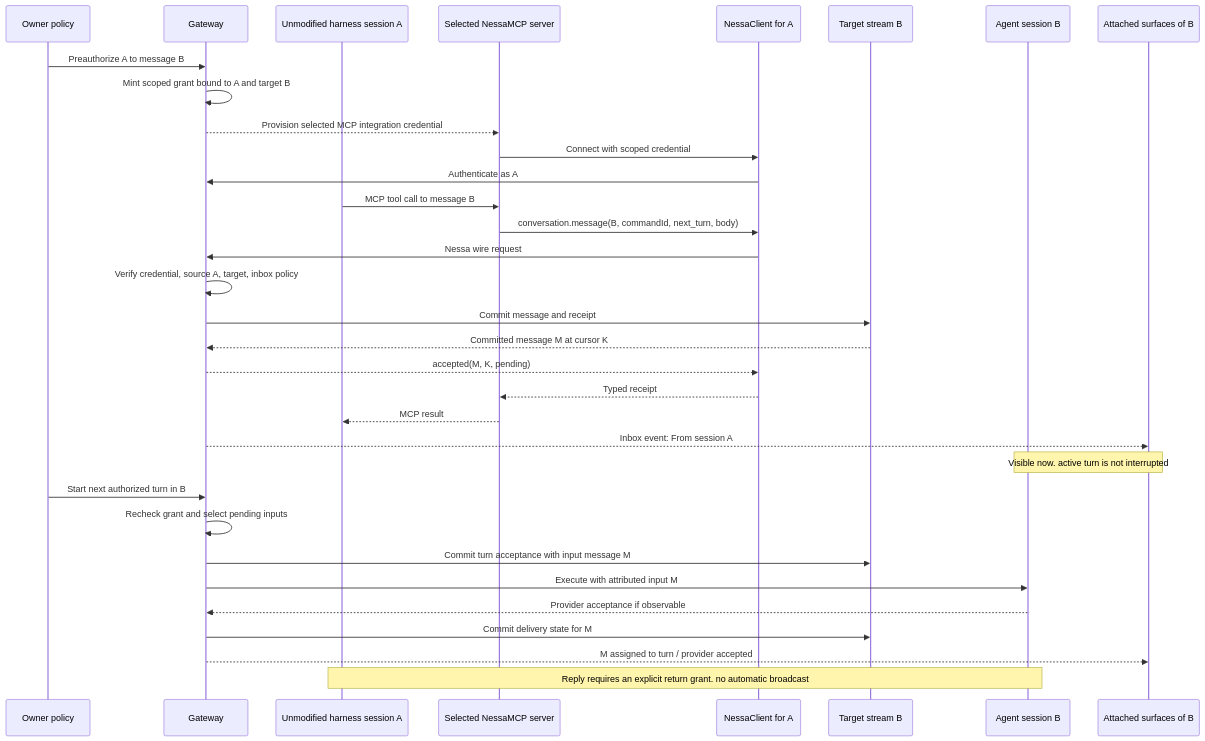
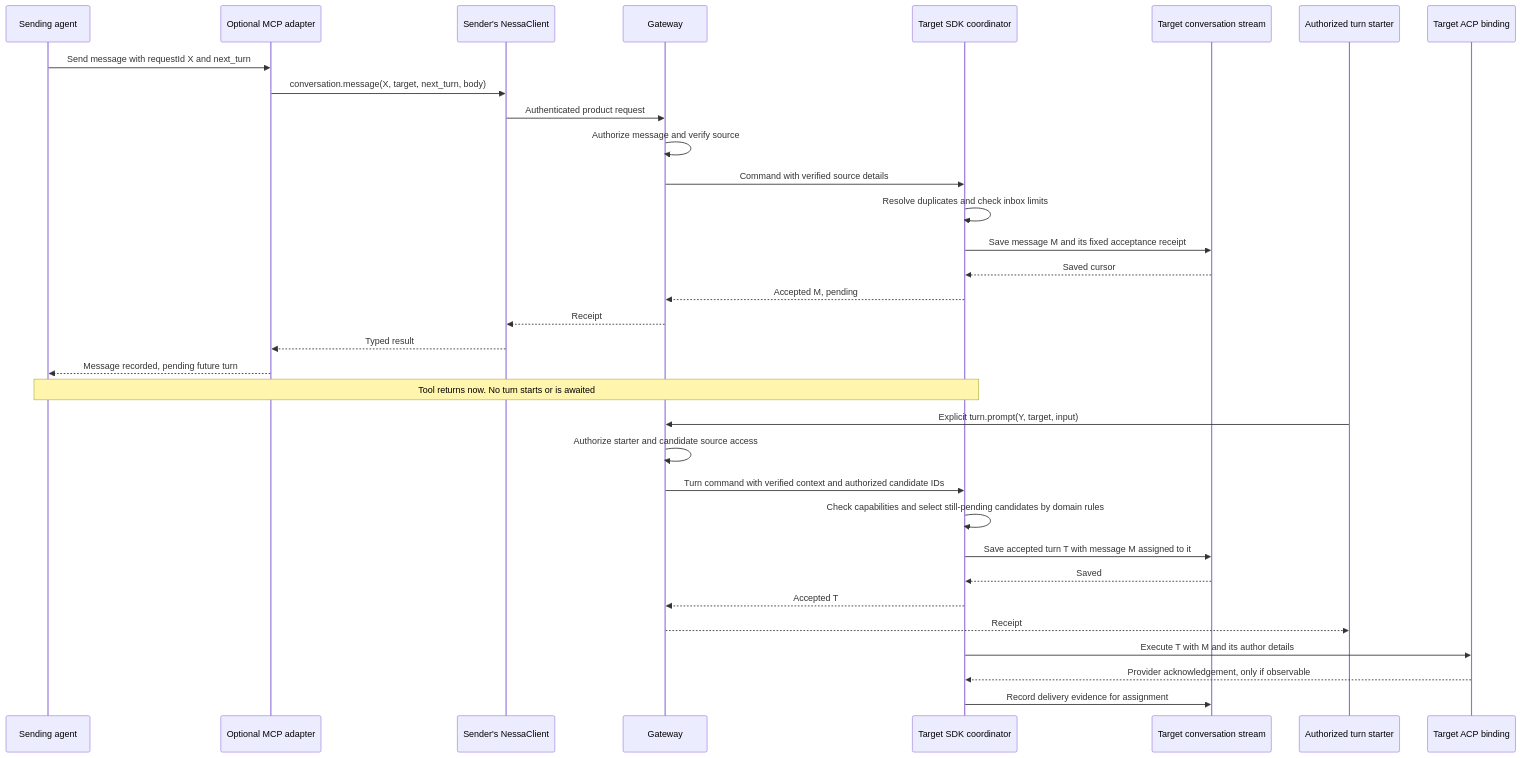
One commit to nessalabs/nessa-agent changed the third of 4 diagrams in docs/design/collaboration-sequences-and-mcp.md. Above: the diagram before and after it, drawn with Mermaid. The commit also changed other lines of this file and 43 other files, not shown here.

````diff
--- a/docs/design/collaboration-sequences-and-mcp.md
+++ b/docs/design/collaboration-sequences-and-mcp.md
@@ -138,35 +109,35 @@
 ```mermaid
 sequenceDiagram
-    participant O as Owner policy
+    participant E as Sending agent
+    participant M as Optional MCP adapter
+    participant C as Sender's NessaClient
     participant G as Gateway
-    participant A as Unmodified harness session A
-    participant M as Selected NessaMCP server
-    participant SDK as NessaClient for A
-    participant S as Target stream B
-    participant B as Agent session B
-    participant UI as Attached surfaces of B
-    O->>G: Preauthorize A to message B
-    G->>G: Mint scoped grant bound to A and target B
-    G-->>M: Provision selected MCP integration credential
-    M->>SDK: Connect with scoped credential
-    SDK->>G: Authenticate as A
-    A->>M: MCP tool call to message B
-    M->>SDK: conversation.message(B, commandId, next_turn, body)
-    SDK->>G: Nessa wire request
-    G->>G: Verify credential, source A, target, inbox policy
-    G->>S: Commit message and receipt
-    S-->>G: Committed message M at cursor K
-    G-->>SDK: accepted(M, K, pending)
-    SDK-->>M: Typed receipt
-    M-->>A: MCP result
-    G-->>UI: Inbox event: From session A
-    Note over B,UI: Visible now. active turn is not interrupted
-    O->>G: Start next authorized turn in B
-    G->>G: Recheck grant and select pending inputs
-    G->>S: Commit turn acceptance with input message M
-    G->>B: Execute with attributed input M
-    B-->>G: Provider acceptance if observable
-    G->>S: Commit delivery state for M
-    G-->>UI: M assigned to turn / provider accepted
-    Note over A,B: Reply requires an explicit return grant. no automatic broadcast
+    participant R as Target SDK coordinator
+    participant S as Target conversation stream
+    participant O as Authorized turn starter
+    participant P as Target ACP binding
+    E->>M: Send message with requestId X and next_turn
+    M->>C: conversation.message(X, target, next_turn, body)
+    C->>G: Authenticated product request
+    G->>G: Authorize message and verify source
+    G->>R: Command with verified source details
+    R->>R: Resolve duplicates and check inbox limits
+    R->>S: Save message M and its fixed acceptance receipt
+    S-->>R: Saved cursor
+    R-->>G: Accepted M, pending
+    G-->>C: Receipt
+    C-->>M: Typed result
+    M-->>E: Message recorded, pending future turn
+    Note over E,R: Tool returns now. No turn starts or is awaited
+    O->>G: Explicit turn.prompt(Y, target, input)
+    G->>G: Authorize starter and candidate source access
+    G->>R: Turn command with verified context and authorized candidate IDs
+    R->>R: Check capabilities and select still-pending candidates by domain rules
+    R->>S: Save accepted turn T with message M assigned to it
+    S-->>R: Saved
+    R-->>G: Accepted T
+    G-->>O: Receipt
+    R->>P: Execute T with M and its author details
+    P-->>R: Provider acknowledgement, only if observable
+    R->>S: Record delivery evidence for assignment
 ```
````
